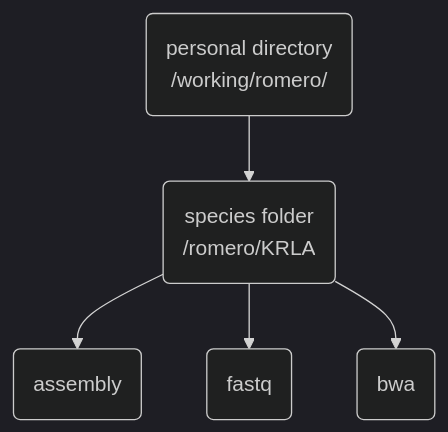
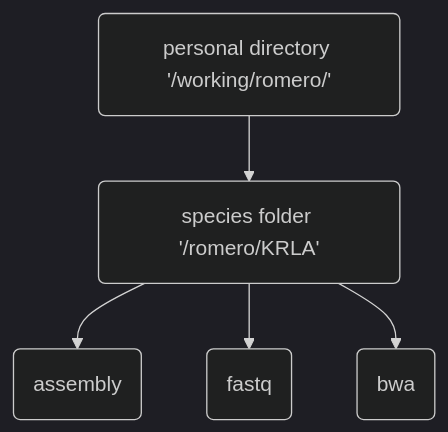
One commit to tparchman/lab changed the diagram in KRLA_lab_meetings_workflow/README.md. Above: the diagram before and after it, drawn with Mermaid (dark theme).

````diff
--- a/KRLA_lab_meetings_workflow/README.md
+++ b/KRLA_lab_meetings_workflow/README.md
@@ -35,9 +35,7 @@
 ```mermaid
 flowchart TD;
-    A(personal directory
-    /working/romero/) --> B(species folder
-    /romero/KRLA)
+    A(personal directory '/working/romero/') --> B(species folder '/romero/KRLA')
     B --> C(assembly)
     B --> D(fastq)
     B --> E(bwa)
 ```
````
